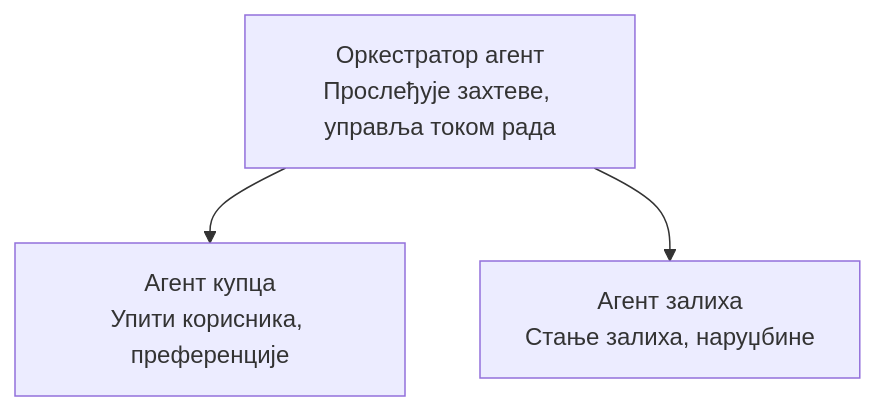
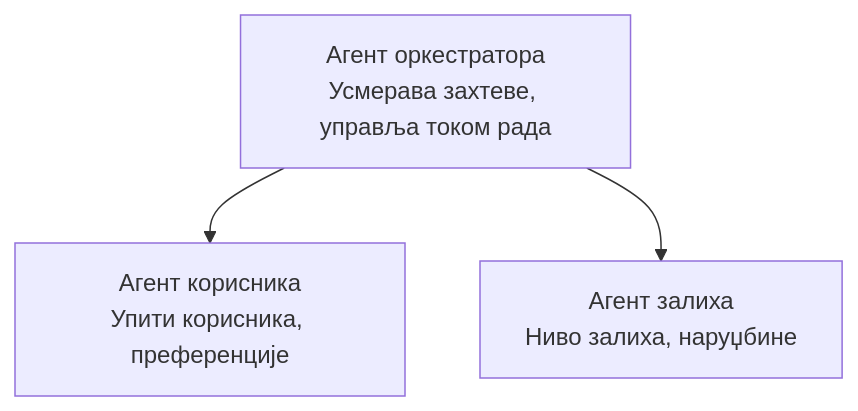
One commit to microsoft/AZD-for-beginners changed the diagram in translations/sr/docs/chapter-05-multi-agent/README.md. Above: the diagram before and after it, drawn with Mermaid. The commit also changed other lines of this file and 101 other files, not shown here.

````diff
--- a/translations/sr/docs/chapter-05-multi-agent/README.md
+++ b/translations/sr/docs/chapter-05-multi-agent/README.md
@@ -50,5 +52,5 @@
 ```mermaid
 graph TD
-    Orchestrator[Оркестратор агент<br/>Прослеђује захтеве, управља током рада] --> Customer[Агент купца<br/>Упити корисника, преференције]
-    Orchestrator --> Inventory[Агент залиха<br/>Стање залиха, наруџбине]
+    Orchestrator[Агент оркестратора<br/>Усмерава захтеве, управља током рада] --> Customer[Агент корисника<br/>Упити корисника, преференције]
+    Orchestrator --> Inventory[Агент залиха<br/>Ниво залиха, наруџбине]
 ```
````
